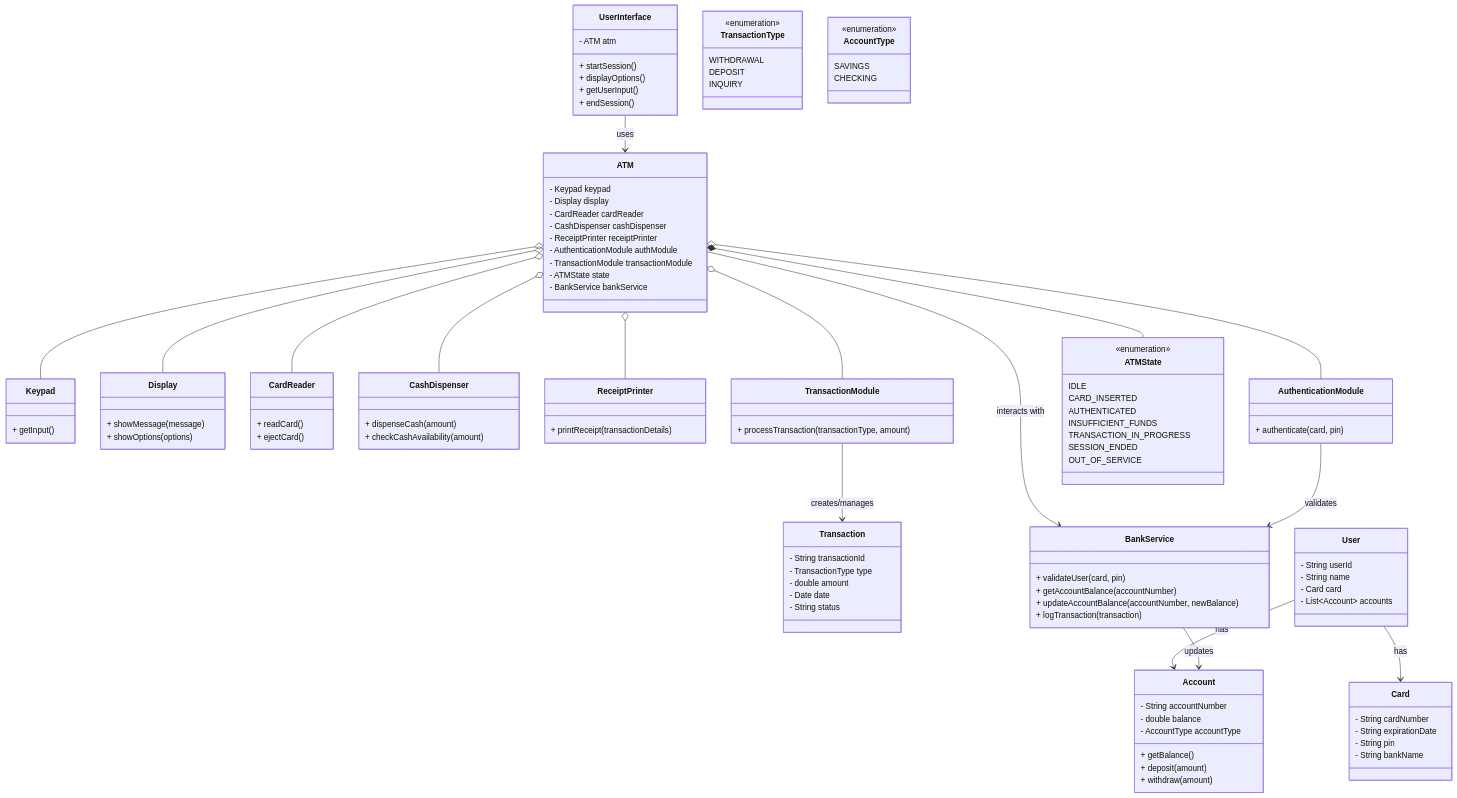
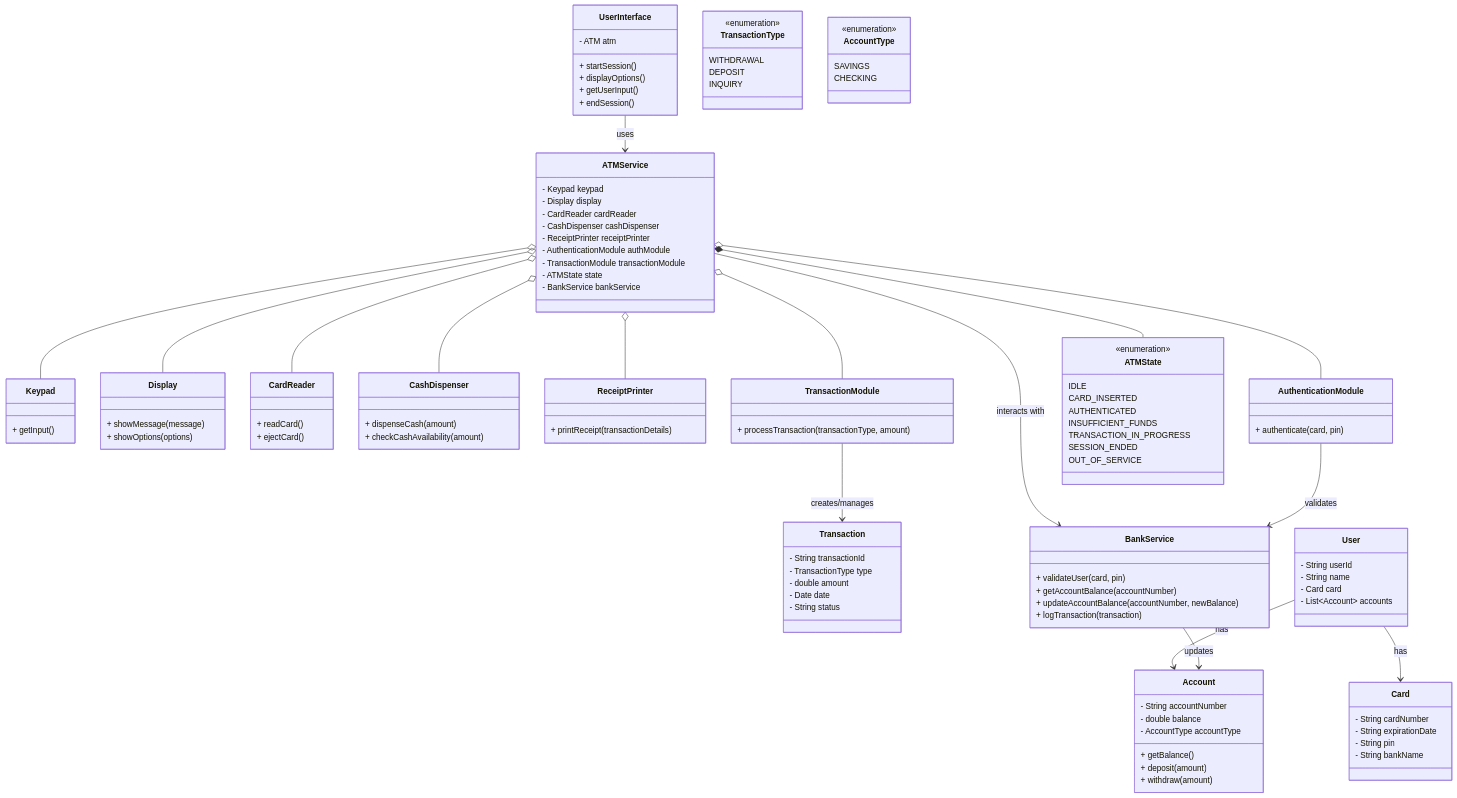
One commit to divyadhimaan/lld-playground changed the diagram in code/src/atmSystem/atmSystem.md. Above: the diagram before and after it, drawn with Mermaid. The commit also changed other lines of this file and 2 other files, not shown here.

Commit message:
ATM System: service classes

```diff
--- a/code/src/atmSystem/atmSystem.md
+++ b/code/src/atmSystem/atmSystem.md
@@ -139,7 +139,7 @@
     }
 
     %% ATM and Components
-    class ATM {
+    class ATMService {
         - Keypad keypad
         - Display display
         - CardReader cardReader
@@ -248,18 +248,18 @@
     }
 
     %% Relationships
-    UserInterface --> ATM : uses
+    UserInterface --> ATMService : uses
     User --> Card : has
     User --> Account : has
-    ATM o-- Keypad
-    ATM o-- Display
-    ATM o-- CardReader
-    ATM o-- CashDispenser
-    ATM o-- ReceiptPrinter
-    ATM o-- AuthenticationModule
-    ATM o-- TransactionModule
-    ATM --> BankService : interacts with
-    ATM *-- ATMState
+    ATMService o-- Keypad
+    ATMService o-- Display
+    ATMService o-- CardReader
+    ATMService o-- CashDispenser
+    ATMService o-- ReceiptPrinter
+    ATMService o-- AuthenticationModule
+    ATMService o-- TransactionModule
+    ATMService --> BankService : interacts with
+    ATMService *-- ATMState
     TransactionModule --> Transaction : creates/manages
     AuthenticationModule --> BankService : validates
     BankService --> Account : updates
```
